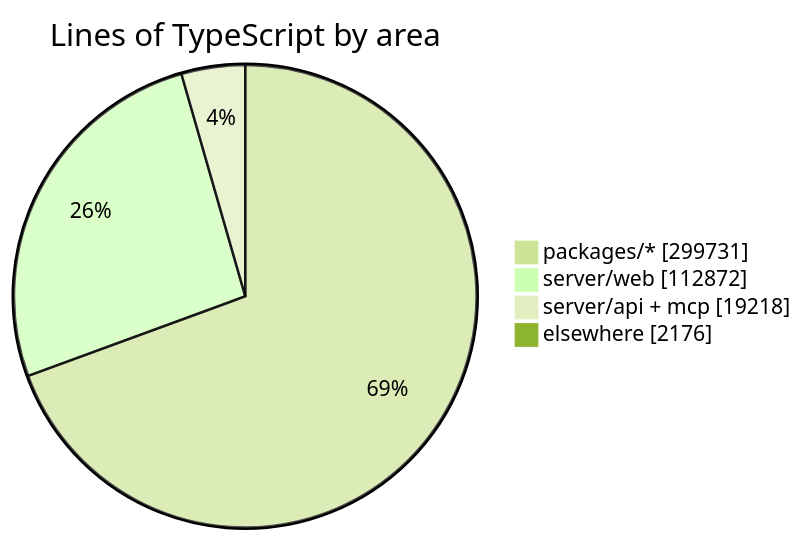
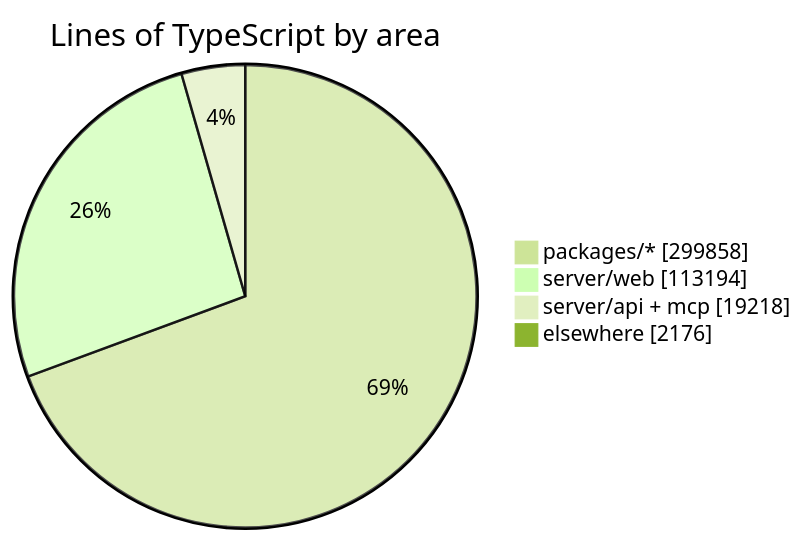
Before and after one commit to crossworks-engineering/mantle: the diagram in README.md, drawn with Mermaid (forest theme). The commit also changed other lines of this file and 2 other files, not shown here.

````diff
--- a/README.md
+++ b/README.md
@@ -294,7 +294,7 @@
 ```mermaid
 pie showData title Lines of TypeScript by area
-    "packages/*" : 299731
-    "server/web" : 112872
+    "packages/*" : 299858
+    "server/web" : 113194
     "server/api + mcp" : 19218
     "elsewhere" : 2176
 ```
````
